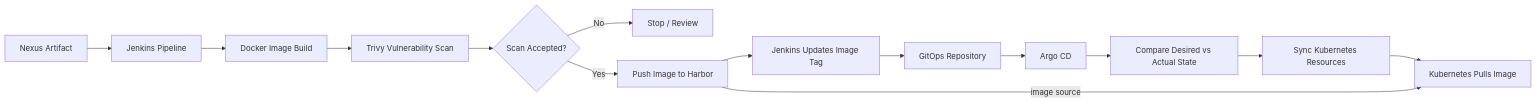
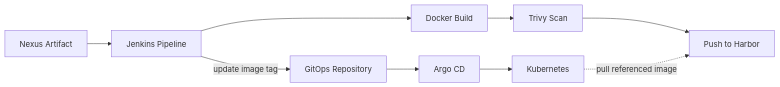
Before and after one commit to Mechida-Aymen/kubernetes-gitops-case-study: the diagram in diagrams/cicd-gitops-flow.md, drawn with Mermaid. The commit also changed other lines of this file, not shown here.

Commit message:
Clarify CI CD GitOps sequence

````diff
--- a/diagrams/cicd-gitops-flow.md
+++ b/diagrams/cicd-gitops-flow.md
@@ -3,17 +3,14 @@
 ```mermaid
 flowchart LR
-    A[Nexus Artifact] --> B[Jenkins Pipeline]
-    B --> C[Docker Image Build]
-    C --> D[Trivy Vulnerability Scan]
-    D --> E{Scan Accepted?}
-    E -- No --> F[Stop / Review]
-    E -- Yes --> G[Push Image to Harbor]
+    NEXUS[Nexus Artifact]
+      --> JENKINS[Jenkins Pipeline]
+      --> BUILD[Docker Build]
+      --> TRIVY[Trivy Scan]
+      --> HARBOR[Push to Harbor]
 
-    G --> H[Jenkins Updates Image Tag]
-    H --> I[GitOps Repository]
-    I --> J[Argo CD]
-    J --> K[Compare Desired vs Actual State]
-    K --> L[Sync Kubernetes Resources]
-    L --> M[Kubernetes Pulls Image]
-    G -->|image source| M
+    JENKINS -->|update image tag| GIT[GitOps Repository]
+    GIT --> ARGO[Argo CD]
+    ARGO --> K8S[Kubernetes]
+
+    K8S -.->|pull referenced image| HARBOR
 ```
````
